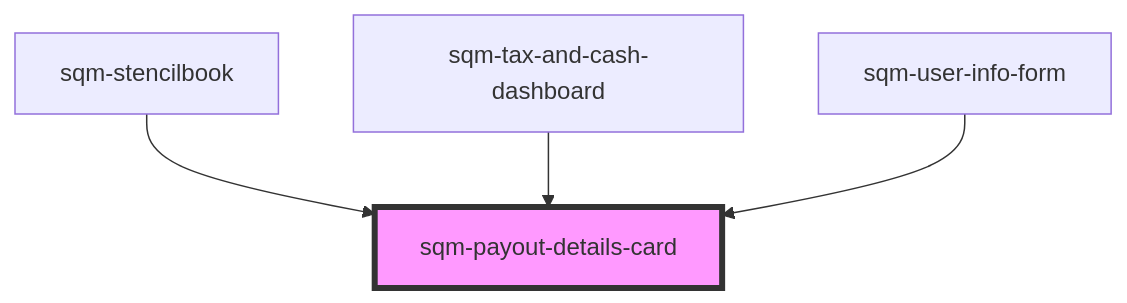
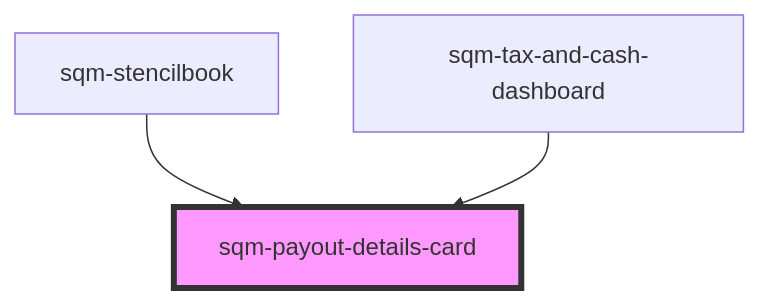
The diagram in packages/mint-components/src/components/tax-and-cash/sqm-payout-details-card/readme.md (saasquatch/program-tools), drawn with Mermaid before and after one commit. The commit also changed other lines of this file and 28 other files, not shown here.

Commit message:
fix code splitting for sqm-user-info-form

````diff
--- a/packages/mint-components/src/components/tax-and-cash/sqm-payout-details-card/readme.md
+++ b/packages/mint-components/src/components/tax-and-cash/sqm-payout-details-card/readme.md
@@ -29,7 +28,6 @@
 ```mermaid
 graph TD;
   sqm-stencilbook --> sqm-payout-details-card
   sqm-tax-and-cash-dashboard --> sqm-payout-details-card
-  sqm-user-info-form --> sqm-payout-details-card
   style sqm-payout-details-card fill:#f9f,stroke:#333,stroke-width:4px
 ```
````
